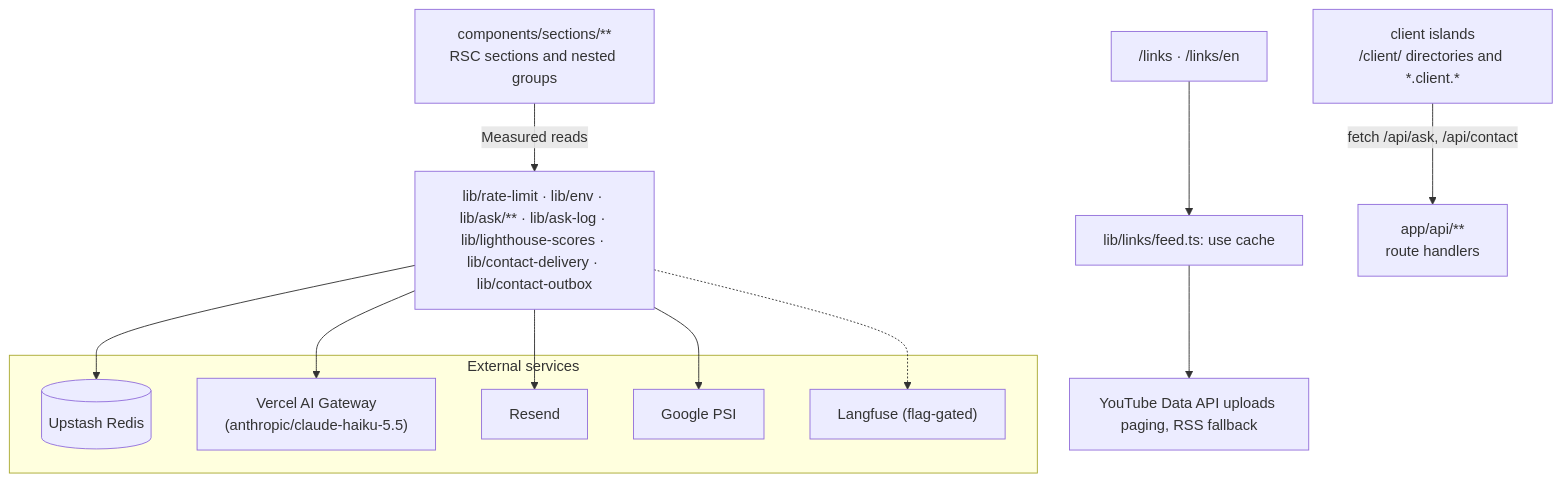
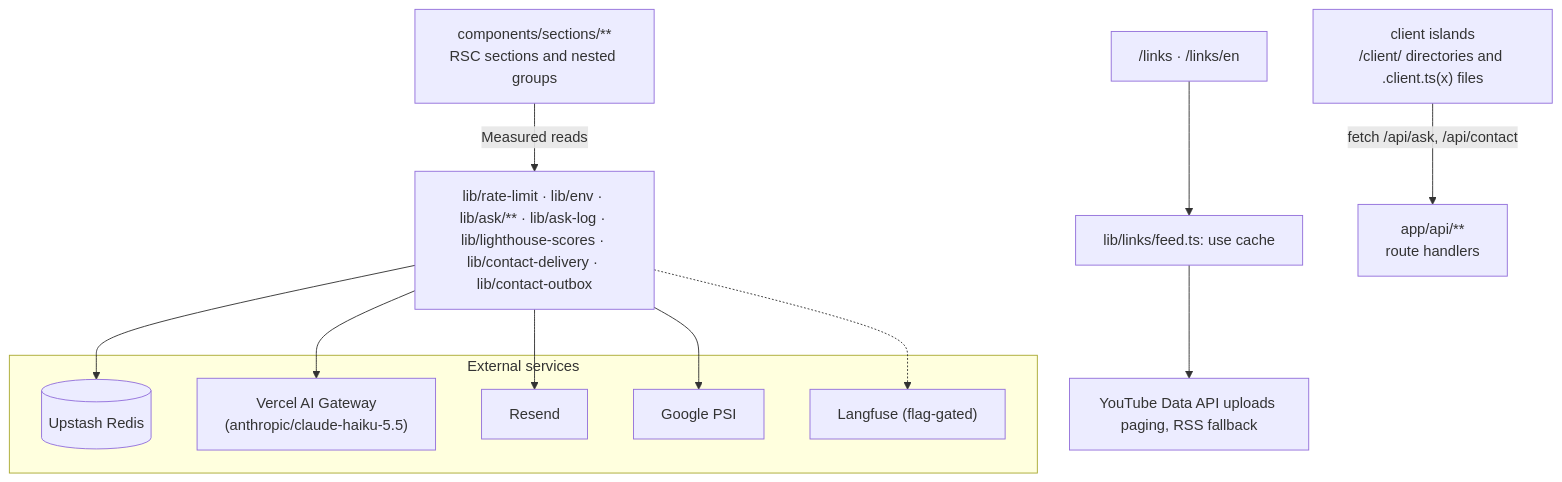
One commit to erikunha/portfolio changed the third of 7 diagrams in docs/01-architecture.md. Above: the diagram before and after it, drawn with Mermaid. The commit also changed other lines of this file and 507 other files, not shown here.

````diff
--- a/docs/01-architecture.md
+++ b/docs/01-architecture.md
@@ -59,20 +59,20 @@
 ```mermaid
 flowchart TB
     libcore["lib/rate-limit · lib/env · lib/ask/** · lib/ask-log · lib/lighthouse-scores · lib/contact-delivery · lib/contact-outbox"]
     subgraph ext["External services"]
         redis[("Upstash Redis")]
         gw["Vercel AI Gateway<br/>(anthropic/claude-haiku-5.5)"]
         resend["Resend"]
         psi["Google PSI"]
         lf["Langfuse (flag-gated)"]
     end
     links["/links · /links/en"] --> feed["lib/links/feed.ts: use cache"]
     feed --> yt["YouTube Data API uploads paging, RSS fallback"]
     libcore --> redis
     libcore --> gw
     libcore --> resend
     libcore --> psi
     libcore -.-> lf
-    islands["client islands<br/>/client/ directories and *.client.*"] -->|fetch /api/ask, /api/contact| api["app/api/**<br/>route handlers"]
+    islands["client islands<br/>/client/ directories and .client.ts(x) files"] -->|fetch /api/ask, /api/contact| api["app/api/**<br/>route handlers"]
     sections["components/sections/**<br/>RSC sections and nested groups"] -->|Measured reads| libcore
 ```
````
